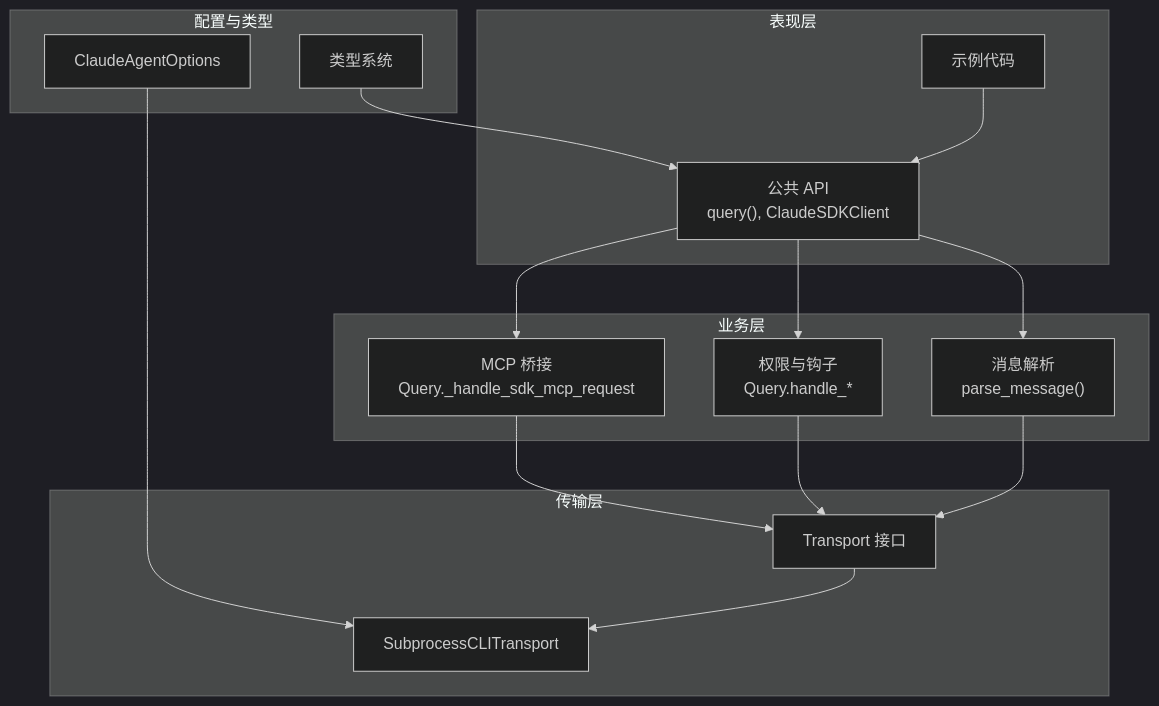
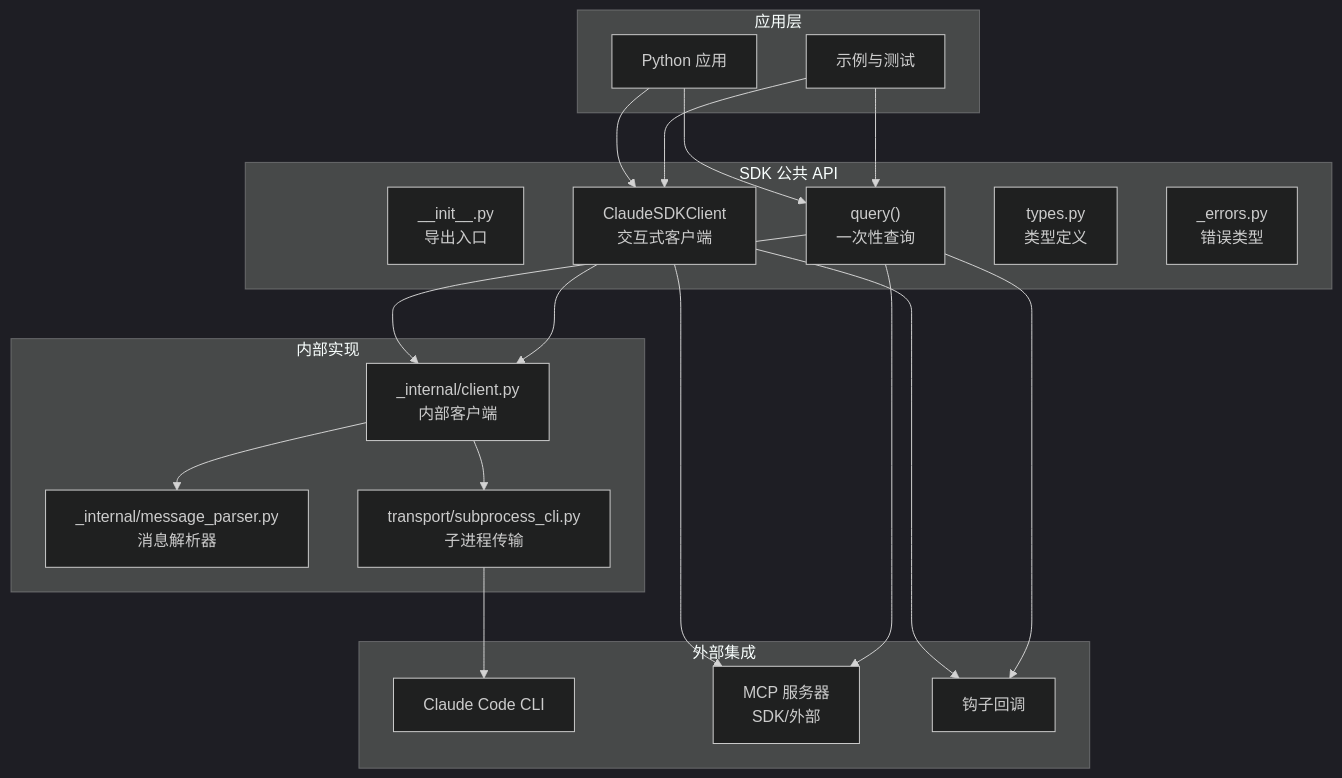
Before and after one commit to defulat-coder/claude-agent-sdk-python: the first of 6 diagrams in .qoder/repowiki/zh/content/项目概述.md, drawn with Mermaid (dark theme). The commit also changed other lines of this file and 85 other files, not shown here.

````diff
--- a/.qoder/repowiki/zh/content/项目概述.md
+++ b/.qoder/repowiki/zh/content/项目概述.md
@@ -138,30 +45,37 @@
 ```mermaid
 graph TB
-subgraph "表现层"
-PUB["公共 API<br/>query(), ClaudeSDKClient"]
-EX["示例代码"]
+subgraph "应用层"
+APP["Python 应用"]
+EX["示例与测试"]
 end
-subgraph "业务层"
-MSG["消息解析<br/>parse_message()"]
-PERM["权限与钩子<br/>Query.handle_*"]
-MCP["MCP 桥接<br/>Query._handle_sdk_mcp_request"]
+subgraph "SDK 公共 API"
+INIT["__init__.py<br/>导出入口"]
+QUERY["query()<br/>一次性查询"]
+CLIENT["ClaudeSDKClient<br/>交互式客户端"]
+TYPES["types.py<br/>类型定义"]
+ERRORS["_errors.py<br/>错误类型"]
 end
-subgraph "传输层"
-TR["Transport 接口"]
-SUB["SubprocessCLITransport"]
+subgraph "内部实现"
+INT_CLIENT["_internal/client.py<br/>内部客户端"]
+MSG_PARSER["_internal/message_parser.py<br/>消息解析器"]
+TRANS["transport/subprocess_cli.py<br/>子进程传输"]
 end
-subgraph "配置与类型"
-CFG["ClaudeAgentOptions"]
-TYPES["类型系统"]
+subgraph "外部集成"
+CLI["Claude Code CLI"]
+MCP["MCP 服务器<br/>SDK/外部"]
+HOOKS["钩子回调"]
 end
-PUB --> MSG
-PUB --> PERM
-PUB --> MCP
-MSG --> TR
-PERM --> TR
-MCP --> TR
-TR --> SUB
-CFG --> SUB
-TYPES --> PUB
-EX --> PUB
+APP --> QUERY
+APP --> CLIENT
+EX --> QUERY
+EX --> CLIENT
+QUERY --> INT_CLIENT
+CLIENT --> INT_CLIENT
+INT_CLIENT --> TRANS
+INT_CLIENT --> MSG_PARSER
+TRANS --> CLI
+CLIENT --> MCP
+CLIENT --> HOOKS
+QUERY --> MCP
+QUERY --> HOOKS
 ```
````
